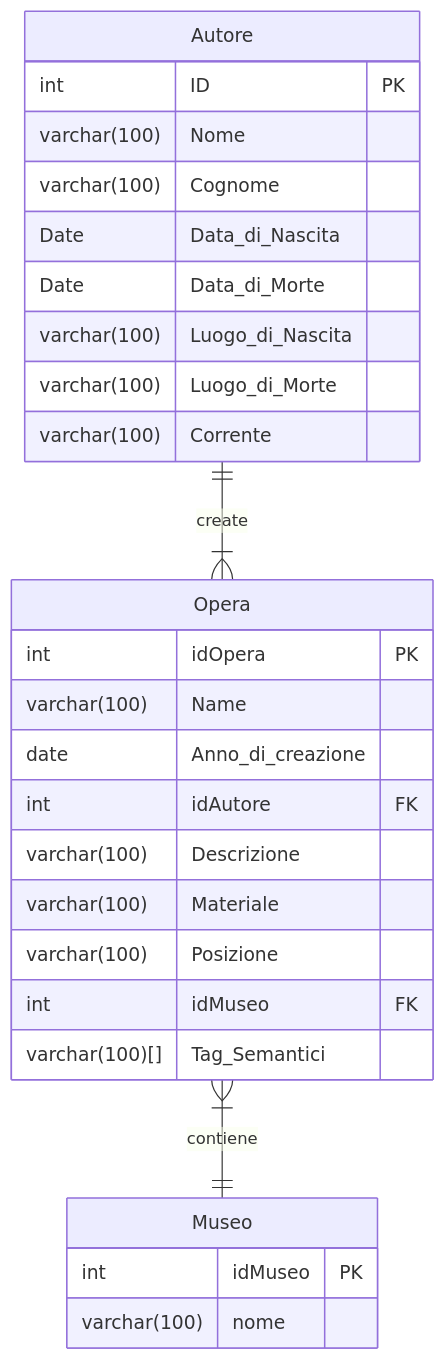
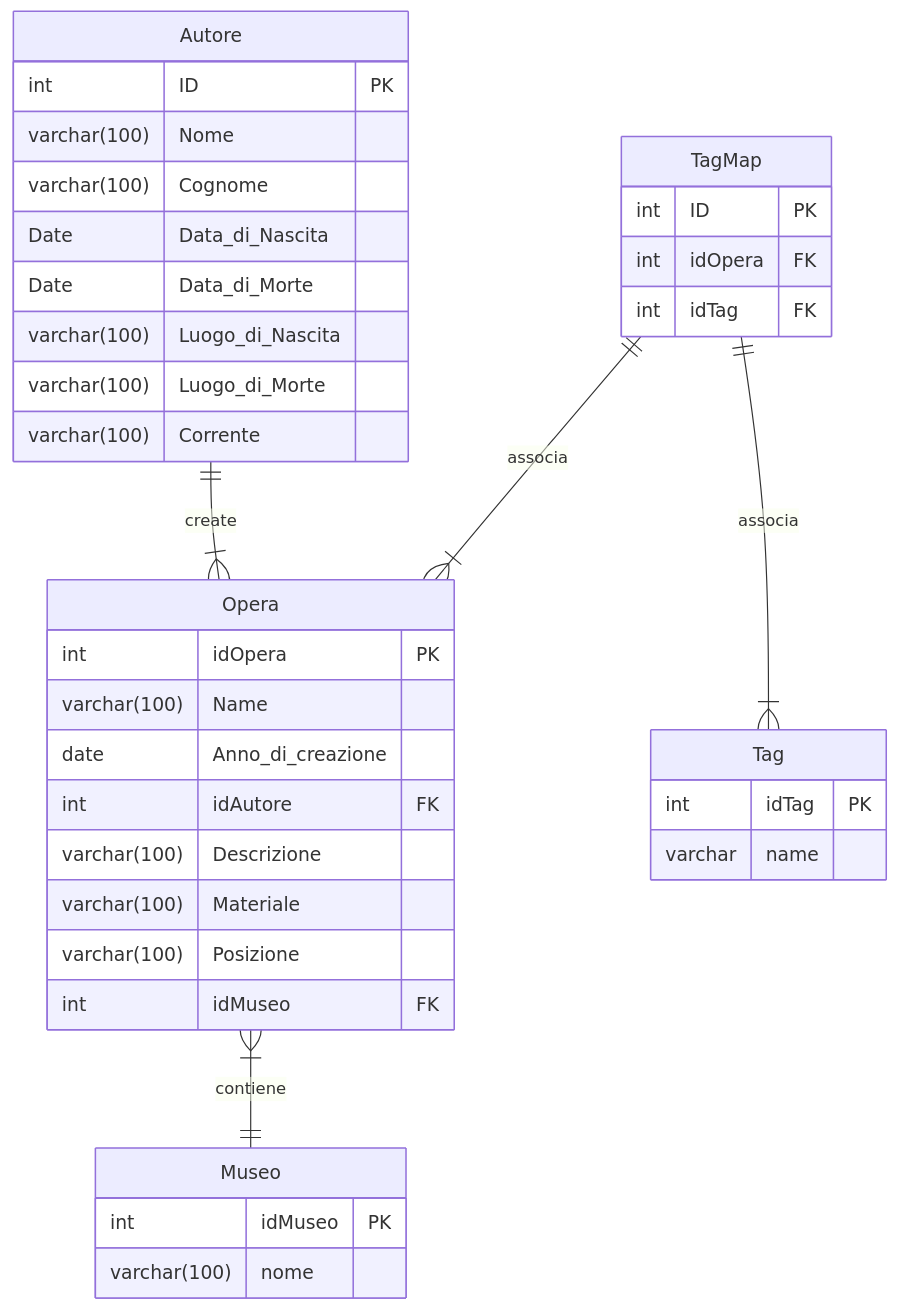
One commit to cvzzo/OnlyMuseum changed the diagram in Analisi/brainstorming.md. Above: the diagram before and after it, drawn with Mermaid.

Commit message:
Update brainstorming.md
added classes TagMap, Tag

````diff
--- a/Analisi/brainstorming.md
+++ b/Analisi/brainstorming.md
@@ -44,32 +44,50 @@
 ```mermaid
 erDiagram
     Opera {
         int idOpera PK
         varchar(100) Name
         date Anno_di_creazione
         int idAutore FK
         varchar(100) Descrizione
         varchar(100) Materiale
         varchar(100) Posizione
         int idMuseo FK
-        varchar(100)[] Tag_Semantici
         }
     Autore ||--|{ Opera:create
     Autore {
         int ID PK
         varchar(100) Nome
         varchar(100) Cognome
         Date Data_di_Nascita
         Date Data_di_Morte
         varchar(100) Luogo_di_Nascita
         varchar(100) Luogo_di_Morte
         varchar(100) Corrente
         }
     
     Museo {
         int idMuseo PK
         varchar(100) nome
     }
    
-   Opera }|--|| Museo:contiene  
+   Opera }|--|| Museo:contiene
+
+    
+    TagMap{
+        int ID PK
+        int idOpera FK
+        int idTag FK
+    }
+
+    TagMap || -- |{ Tag: associa
+
+    TagMap || -- |{ Opera: associa
+
+
+    Tag{
+    int idTag PK
+    varchar name
+    }
+
+    
 ```
````
